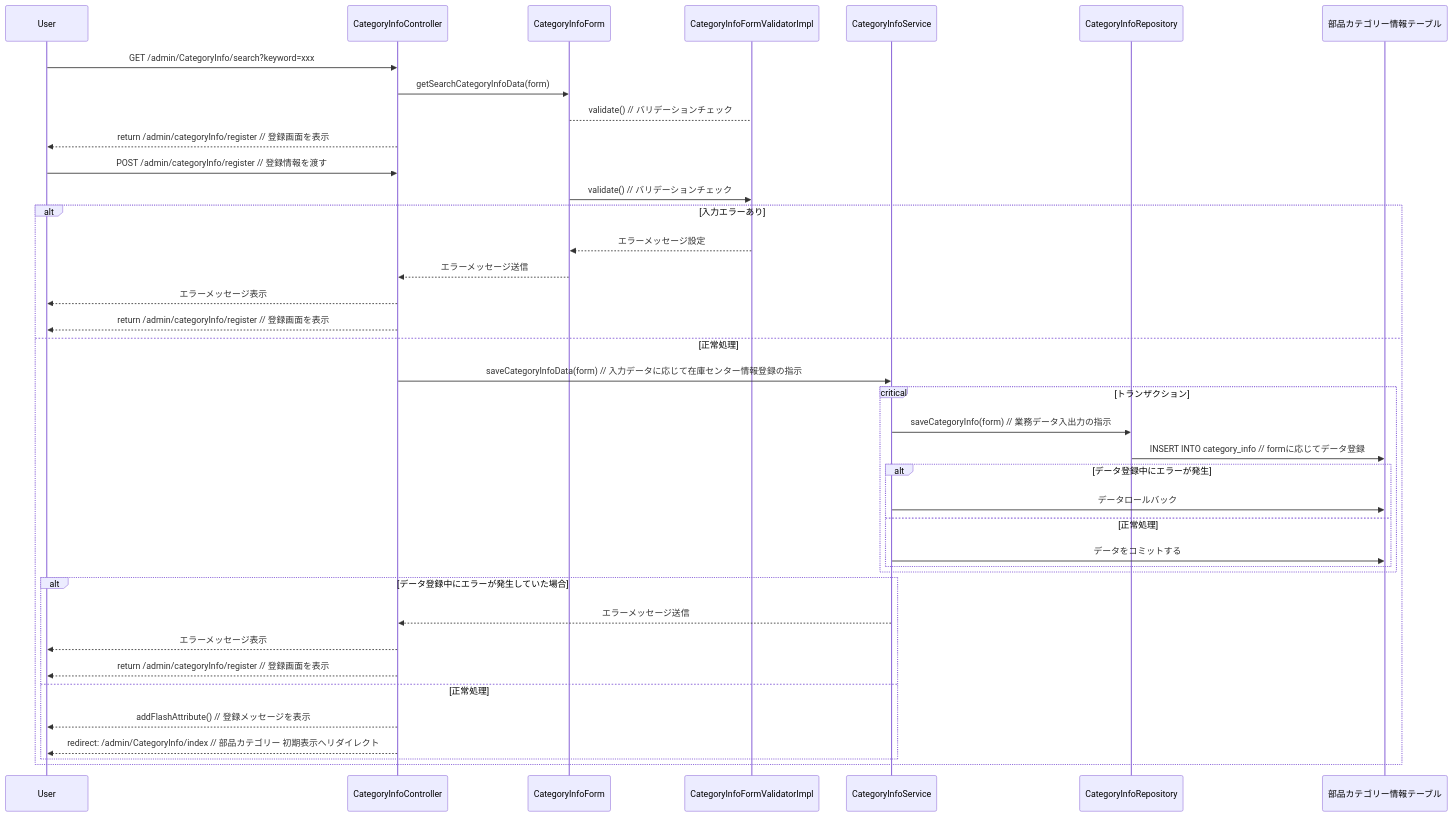
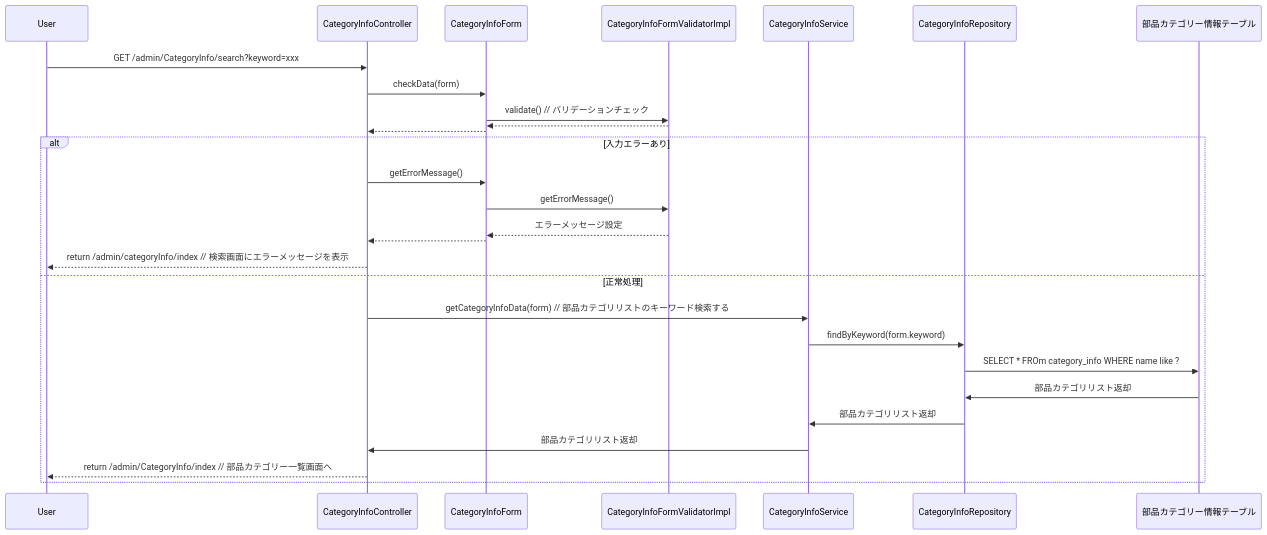
One commit to ZudenSachenselbst/amoibe changed the diagram in mermaid/retrieve.mmd. Above: the diagram before and after it, drawn with Mermaid.

Commit message:
岩田さんの回答に似せて修正

```diff
--- a/mermaid/retrieve.mmd
+++ b/mermaid/retrieve.mmd
@@ -1,45 +1,30 @@
 sequenceDiagram
     participant User
     participant Controller as CategoryInfoController
     participant Form as CategoryInfoForm
     participant Validator as CategoryInfoFormValidatorImpl
     participant Service as CategoryInfoService
     participant Repository as CategoryInfoRepository
     participant DB as 部品カテゴリー情報テーブル
 
     User->>Controller: GET /admin/CategoryInfo/search?keyword=xxx
-    Controller->>Form: getSearchCategoryInfoData(form)
-    Form-->Validator: validate() // バリデーションチェック
-    Controller-->>User: return /admin/categoryInfo/register // 登録画面を表示
-
-    User->>Controller: POST /admin/categoryInfo/register // 登録情報を渡す
+    Controller->>Form: checkData(form)
     Form->>Validator: validate() // バリデーションチェック
+    Validator-->>Form:
+    Form-->>Controller:
 
     alt 入力エラーあり
+        Controller->> Form: getErrorMessage()
+        Form->>Validator:getErrorMessage()
         Validator-->>Form: エラーメッセージ設定
-        Form-->>Controller: エラーメッセージ送信
-        Controller-->>User: エラーメッセージ表示
-        Controller-->>User: return /admin/categoryInfo/register // 登録画面を表示
+        Form-->>Controller: 
+        Controller-->>User: return /admin/categoryInfo/index   // 検索画面にエラーメッセージを表示
     else 正常処理
-        Controller->>Service: saveCategoryInfoData(form) // 入力データに応じて在庫センター情報登録の指示
-        
-        critical トランザクション
-            Service->>Repository: saveCategoryInfo(form) // 業務データ入出力の指示
-            Repository->>DB: INSERT INTO category_info // formに応じてデータ登録
-
-            alt データ登録中にエラーが発生
-                Service->>DB: データロールバック
-            else 正常処理
-                Service->>DB: データをコミットする
-            end
-        end
-
-        alt データ登録中にエラーが発生していた場合
-            Service-->>Controller: エラーメッセージ送信
-            Controller-->>User: エラーメッセージ表示
-            Controller-->>User: return /admin/categoryInfo/register // 登録画面を表示
-        else 正常処理
-            Controller-->>User: addFlashAttribute() // 登録メッセージを表示
-            Controller-->>User: redirect: /admin/CategoryInfo/index // 部品カテゴリー 初期表示へリダイレクト
-        end
+        Controller->>Service: getCategoryInfoData(form) // 部品カテゴリリストのキーワード検索する
+        Service->> Repository: findByKeyword(form.keyword)
+        Repository->>DB: SELECT * FROm category_info WHERE name like ? 
+        DB->> Repository: 部品カテゴリリスト返却
+        Repository->>Service: 部品カテゴリリスト返却
+        Service->>Controller: 部品カテゴリリスト返却
+        Controller-->>User: return /admin/CategoryInfo/index  // 部品カテゴリー一覧画面へ
     end
```
